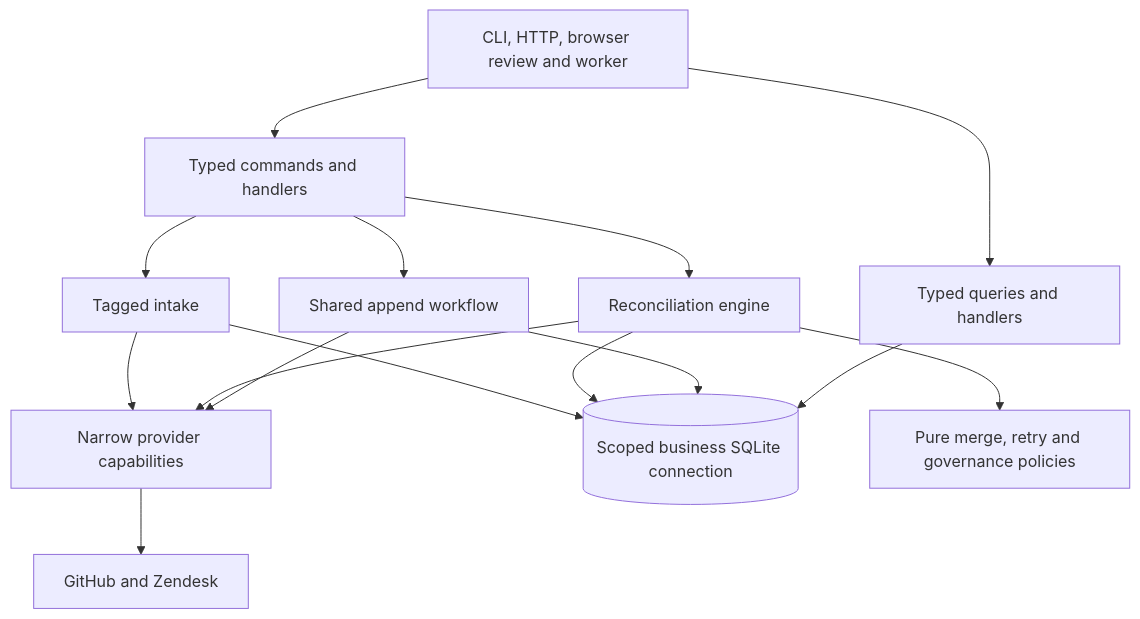
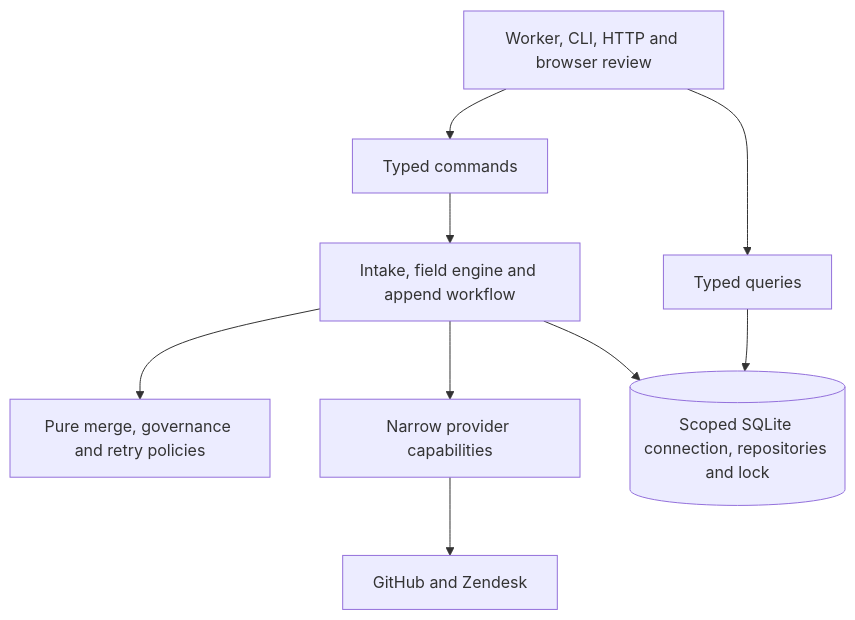
The first of 2 diagrams in docs/ARCHITECTURE.md (AlbertFlorescu/support-bridge), drawn with Mermaid before and after one commit. The commit also changed other lines of this file and 22 other files, not shown here.

```diff
--- a/docs/ARCHITECTURE.md
+++ b/docs/ARCHITECTURE.md
@@ -9,17 +7,11 @@
 ~~~mermaid
 flowchart TB
-    Adapters["CLI, HTTP, browser review and worker"] --> Commands["Typed commands and handlers"]
-    Adapters --> Queries["Typed queries and handlers"]
-    Commands --> Intake["Tagged intake"]
-    Commands --> Engine["Reconciliation engine"]
-    Commands --> Conversation["Shared append workflow"]
-    Intake --> Ports["Narrow provider capabilities"]
-    Engine --> Ports
-    Conversation --> Ports
-    Ports --> Vendors["GitHub and Zendesk"]
-    Intake --> Store[("Scoped business SQLite connection")]
-    Engine --> Store
-    Conversation --> Store
+    Adapters["Worker, CLI, HTTP and browser review"] --> Commands["Typed commands"]
+    Adapters --> Queries["Typed queries"]
+    Commands --> Workflows["Intake, field engine and append workflow"]
+    Workflows --> Policies["Pure merge, governance and retry policies"]
+    Workflows --> Providers["Narrow provider capabilities"]
+    Providers --> Vendors["GitHub and Zendesk"]
+    Workflows --> Store[("Scoped SQLite connection, repositories and lock")]
     Queries --> Store
-    Engine --> Policies["Pure merge, retry and governance policies"]
 ~~~
```
